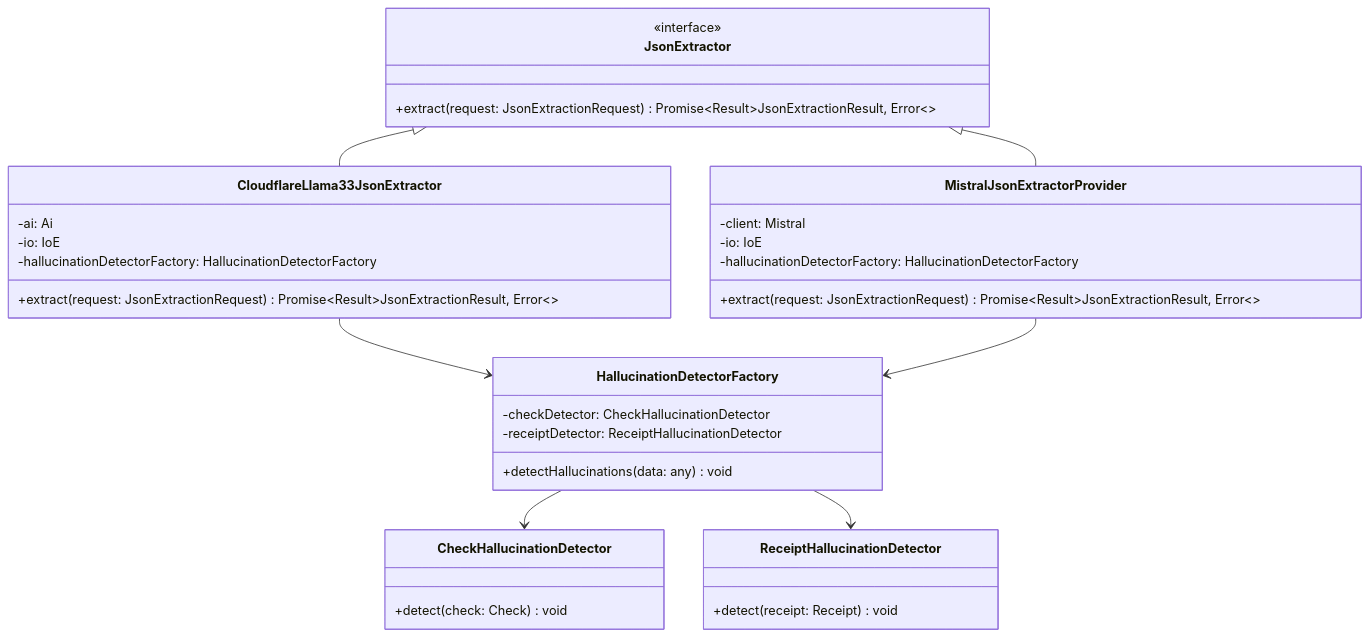
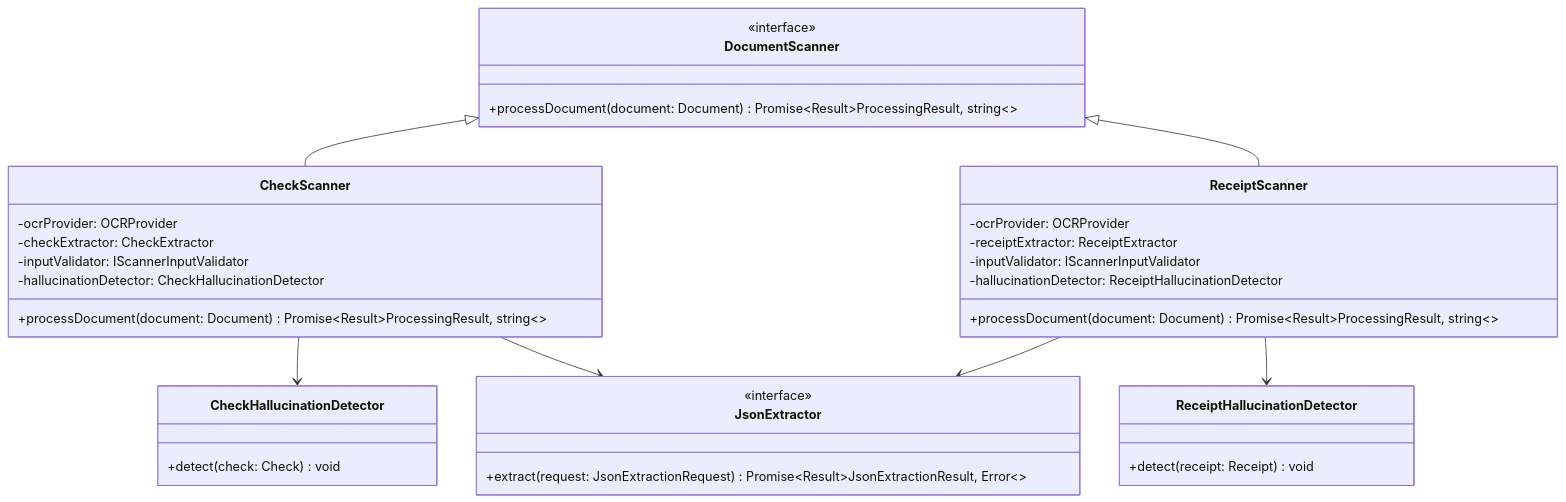
One commit to o2alexanderfedin/OCRChecksServer-demo changed the first of 2 diagrams in docs/architecture/system-architecture.md. Above: the diagram before and after it, drawn with Mermaid. The commit also changed other lines of this file and 3 other files, not shown here.

First line of the commit message:
docs: update architecture documentation for scanner-based hallucination detection

````diff
--- a/docs/architecture/system-architecture.md
+++ b/docs/architecture/system-architecture.md
@@ -20,42 +20,43 @@
 ```mermaid
 classDiagram
+    class DocumentScanner {
+        <<interface>>
+        +processDocument(document: Document) Promise~Result~ProcessingResult, string~~
+    }
+    
+    class CheckScanner {
+        -ocrProvider: OCRProvider
+        -checkExtractor: CheckExtractor
+        -inputValidator: IScannerInputValidator
+        -hallucinationDetector: CheckHallucinationDetector
+        +processDocument(document: Document) Promise~Result~ProcessingResult, string~~
+    }
+    
+    class ReceiptScanner {
+        -ocrProvider: OCRProvider
+        -receiptExtractor: ReceiptExtractor
+        -inputValidator: IScannerInputValidator
+        -hallucinationDetector: ReceiptHallucinationDetector
+        +processDocument(document: Document) Promise~Result~ProcessingResult, string~~
+    }
+    
     class JsonExtractor {
         <<interface>>
         +extract(request: JsonExtractionRequest) Promise~Result~JsonExtractionResult, Error~~
-    }
-    
-    class CloudflareLlama33JsonExtractor {
-        -ai: Ai
-        -io: IoE
-        -hallucinationDetectorFactory: HallucinationDetectorFactory
-        +extract(request: JsonExtractionRequest) Promise~Result~JsonExtractionResult, Error~~
-    }
-    
-    class MistralJsonExtractorProvider {
-        -client: Mistral
-        -io: IoE
-        -hallucinationDetectorFactory: HallucinationDetectorFactory
-        +extract(request: JsonExtractionRequest) Promise~Result~JsonExtractionResult, Error~~
-    }
-    
-    class HallucinationDetectorFactory {
-        -checkDetector: CheckHallucinationDetector
-        -receiptDetector: ReceiptHallucinationDetector
-        +detectHallucinations(data: any) void
     }
     
     class CheckHallucinationDetector {
         +detect(check: Check) void
     }
     
     class ReceiptHallucinationDetector {
         +detect(receipt: Receipt) void
     }
     
-    JsonExtractor <|-- CloudflareLlama33JsonExtractor
-    JsonExtractor <|-- MistralJsonExtractorProvider
-    CloudflareLlama33JsonExtractor --> HallucinationDetectorFactory
-    MistralJsonExtractorProvider --> HallucinationDetectorFactory
-    HallucinationDetectorFactory --> CheckHallucinationDetector
-    HallucinationDetectorFactory --> ReceiptHallucinationDetector
+    DocumentScanner <|-- CheckScanner
+    DocumentScanner <|-- ReceiptScanner
+    CheckScanner --> CheckHallucinationDetector
+    ReceiptScanner --> ReceiptHallucinationDetector
+    CheckScanner --> JsonExtractor
+    ReceiptScanner --> JsonExtractor
 ```
````
